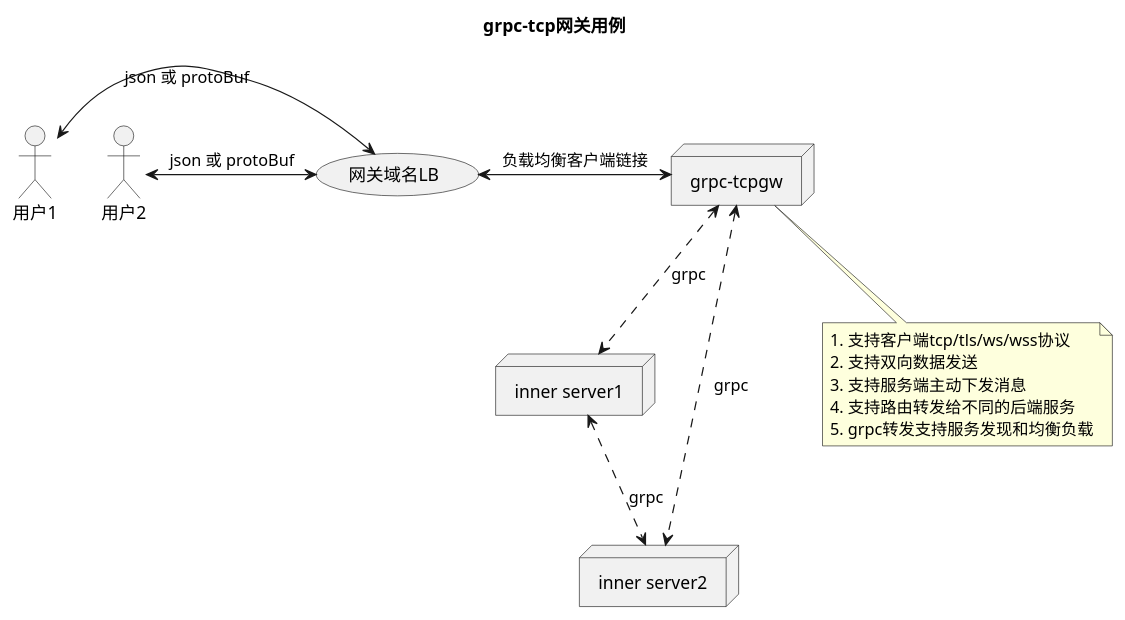
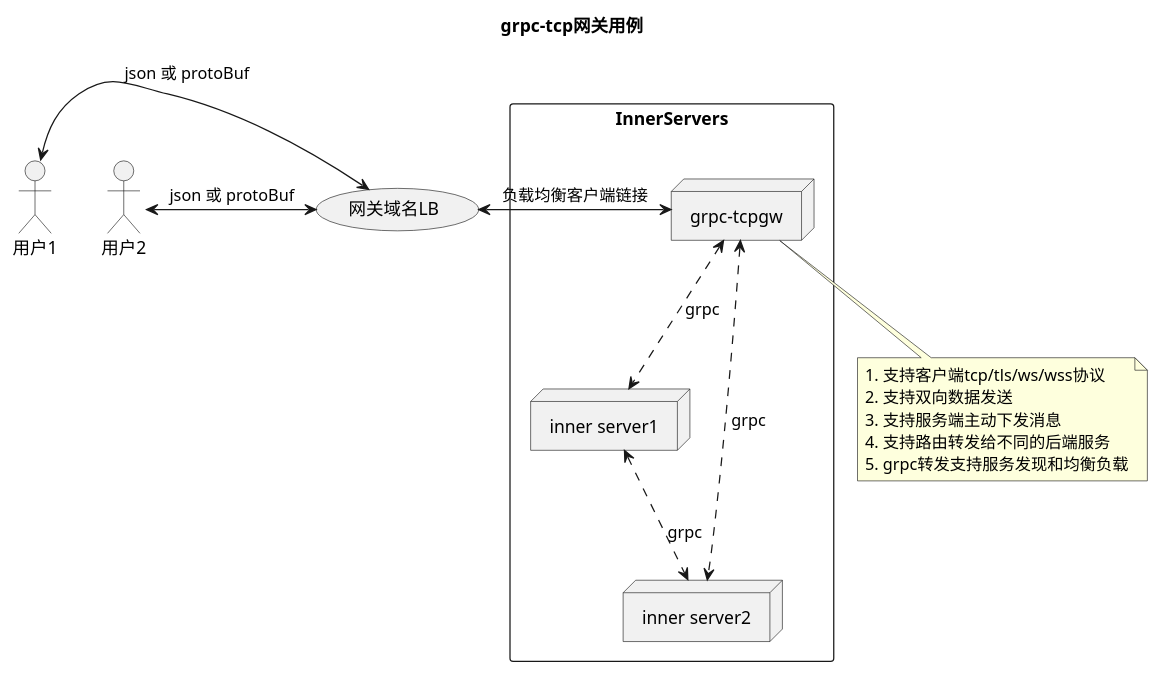
The diagram in uml/usecase.puml (generalzgd/grpc-tcp-gateway), drawn with PlantUML before and after one commit. The commit also changed 10 other files, not shown here.

```diff
--- a/uml/usecase.puml
+++ b/uml/usecase.puml
@@ -1,21 +1,22 @@
 @startuml
 
 title grpc-tcp网关用例
 :用户1: as c1
 :用户2: as c2
 (网关域名LB) as lb
-node "grpc-tcpgw" as gw
-node "inner server1" as s1
-node "inner server2" as s2
-
+rectangle InnerServers {
+    node "grpc-tcpgw" as gw
+    node "inner server1" as s1
+    node "inner server2" as s2
+}
 c1 <-> lb: json 或 protoBuf
 c2 <-> lb: json 或 protoBuf
 lb <-> gw: 负载均衡客户端链接
 gw <..> s1: grpc
 gw <..> s2: grpc
 s1 <..> s2: grpc
 
 note "1. 支持客户端tcp/tls/ws/wss协议\n2. 支持双向数据发送\n3. 支持服务端主动下发消息\n4. 支持路由转发给不同的后端服务\n5. grpc转发支持服务发现和均衡负载" as n1
 gw .. n1
 
 @enduml
```
